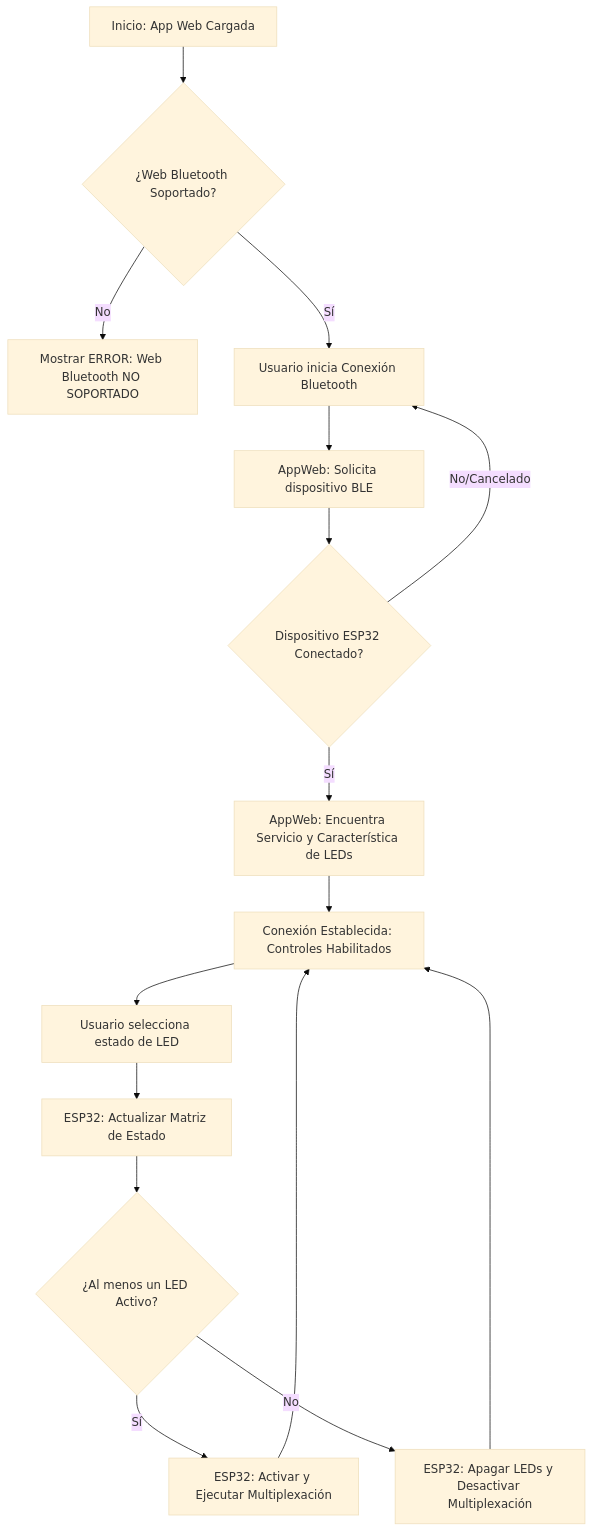
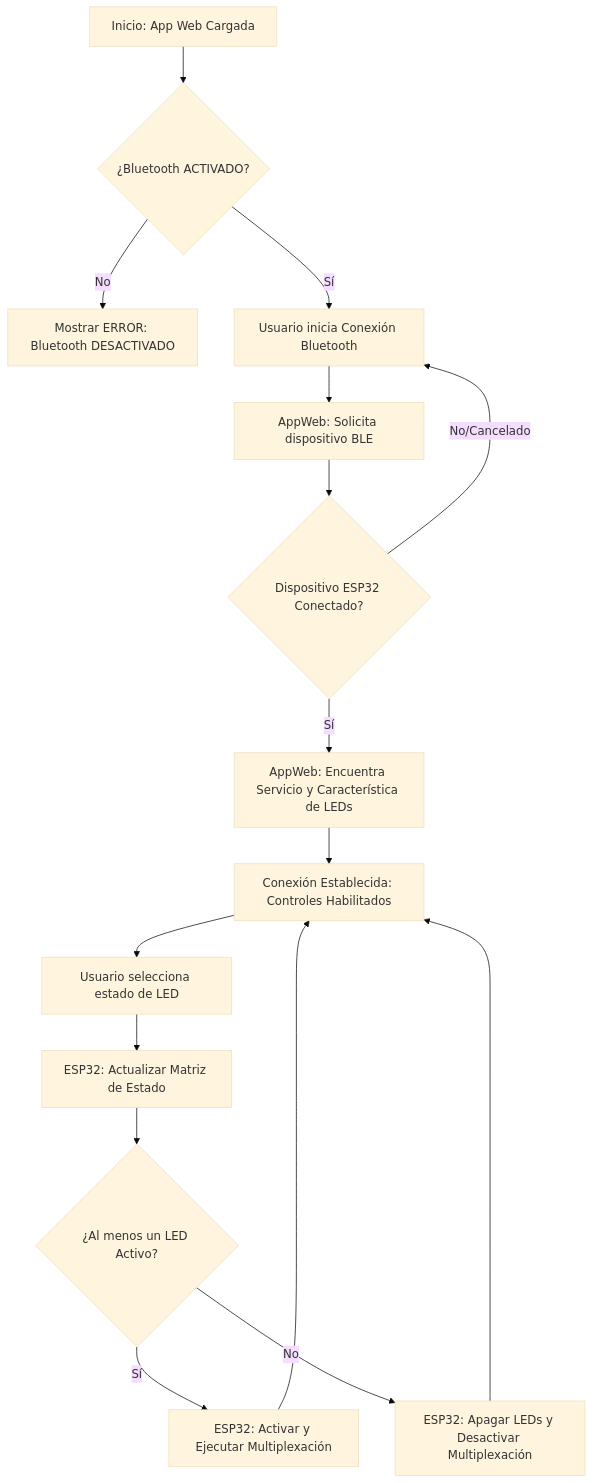
Before and after one commit to proyectoitsv/2025_SolarWAY: the diagram in Diagramas/Diagrama_de_flujo.mmd, drawn with Mermaid (base theme).

```diff
--- a/Diagramas/Diagrama_de_flujo.mmd
+++ b/Diagramas/Diagrama_de_flujo.mmd
@@ -1,24 +1,24 @@
 flowchart TD
-    A[Inicio: App Web Cargada] --> B{¿Web Bluetooth Soportado?};
+    A[Inicio: App Web Cargada] --> B{¿Bluetooth ACTIVADO?};
 
-    B -- No --> C[Mostrar ERROR: Web Bluetooth NO SOPORTADO];
+    B -- No --> C[Mostrar ERROR: Bluetooth DESACTIVADO];
     B -- Sí --> D[Usuario inicia Conexión Bluetooth];
 
     D --> E[AppWeb: Solicita dispositivo BLE];
     E --> F{Dispositivo ESP32 Conectado?};
 
     F -- No/Cancelado --> D;
     F -- Sí --> G[AppWeb: Encuentra Servicio y Característica de LEDs];
 
     G --> H[Conexión Establecida: Controles Habilitados];
 
     H --> I[Usuario selecciona estado de LED];
     
     I --> M[ESP32: Actualizar Matriz de Estado];
     M --> N{¿Al menos un LED Activo?};
 
     N -- Sí --> O[ESP32: Activar y Ejecutar Multiplexación];
     N -- No --> P[ESP32: Apagar LEDs y Desactivar Multiplexación];
 
     O --> H;
     P --> H;
```
